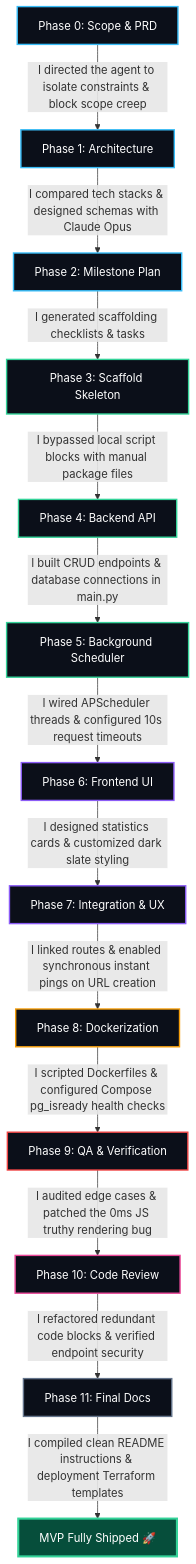
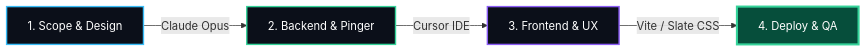
Before and after one commit to Nishchalpr4/UpTime-Moniter: the first of 4 diagrams in README.md, drawn with Mermaid. The commit also changed other lines of this file, not shown here.

Commit message:
docs: replace vertical flowchart with 4-step horizontal flowchart in README

````diff
--- a/README.md
+++ b/README.md
@@ -35,29 +33,11 @@
 ```mermaid
-graph TD
-    P0[Phase 0: Scope & PRD] -->|I directed the agent to isolate constraints & block scope creep| P1[Phase 1: Architecture]
-    P1 -->|I compared tech stacks & designed schemas with Claude Opus| P2[Phase 2: Milestone Plan]
-    P2 -->|I generated scaffolding checklists & tasks| P3[Phase 3: Scaffold Skeleton]
-    P3 -->|I bypassed local script blocks with manual package files| P4[Phase 4: Backend API]
-    P4 -->|I built CRUD endpoints & database connections in main.py| P5[Phase 5: Background Scheduler]
-    P5 -->|I wired APScheduler threads & configured 10s request timeouts| P6[Phase 6: Frontend UI]
-    P6 -->|I designed statistics cards & customized dark slate styling| P7[Phase 7: Integration & UX]
-    P7 -->|I linked routes & enabled synchronous instant pings on URL creation| P8[Phase 8: Dockerization]
-    P8 -->|I scripted Dockerfiles & configured Compose pg_isready health checks| P9[Phase 9: QA & Verification]
-    P9 -->|I audited edge cases & patched the 0ms JS truthy rendering bug| P10[Phase 10: Code Review]
-    P10 -->|I refactored redundant code blocks & verified endpoint security| P11[Phase 11: Final Docs]
-    P11 -->|I compiled clean README instructions & deployment Terraform templates| Ready[MVP Fully Shipped 🚀]
+graph LR
+    Plan[1. Scope & Design] -->|Claude Opus| Dev[2. Backend & Pinger]
+    Dev -->|Cursor IDE| UI[3. Frontend & UX]
+    UI -->|Vite / Slate CSS| Ship[4. Deploy & QA]
 
-    style P0 fill:#0b0f19,stroke:#38bdf8,stroke-width:2px,color:#fff
-    style P1 fill:#0b0f19,stroke:#38bdf8,stroke-width:2px,color:#fff
-    style P2 fill:#0b0f19,stroke:#38bdf8,stroke-width:2px,color:#fff
-    style P3 fill:#0b0f19,stroke:#34d399,stroke-width:2px,color:#fff
-    style P4 fill:#0b0f19,stroke:#34d399,stroke-width:2px,color:#fff
-    style P5 fill:#0b0f19,stroke:#34d399,stroke-width:2px,color:#fff
-    style P6 fill:#0b0f19,stroke:#8b5cf6,stroke-width:2px,color:#fff
-    style P7 fill:#0b0f19,stroke:#8b5cf6,stroke-width:2px,color:#fff
-    style P8 fill:#0b0f19,stroke:#f59e0b,stroke-width:2px,color:#fff
-    style P9 fill:#0b0f19,stroke:#ef4444,stroke-width:2px,color:#fff
-    style P10 fill:#0b0f19,stroke:#ec4899,stroke-width:2px,color:#fff
-    style P11 fill:#0b0f19,stroke:#64748b,stroke-width:2px,color:#fff
-    style Ready fill:#064e3b,stroke:#34d399,stroke-width:3px,color:#fff
+    style Plan fill:#0b0f19,stroke:#38bdf8,stroke-width:2px,color:#fff
+    style Dev fill:#0b0f19,stroke:#34d399,stroke-width:2px,color:#fff
+    style UI fill:#0b0f19,stroke:#8b5cf6,stroke-width:2px,color:#fff
+    style Ship fill:#064e3b,stroke:#34d399,stroke-width:3px,color:#fff
 ```
````
